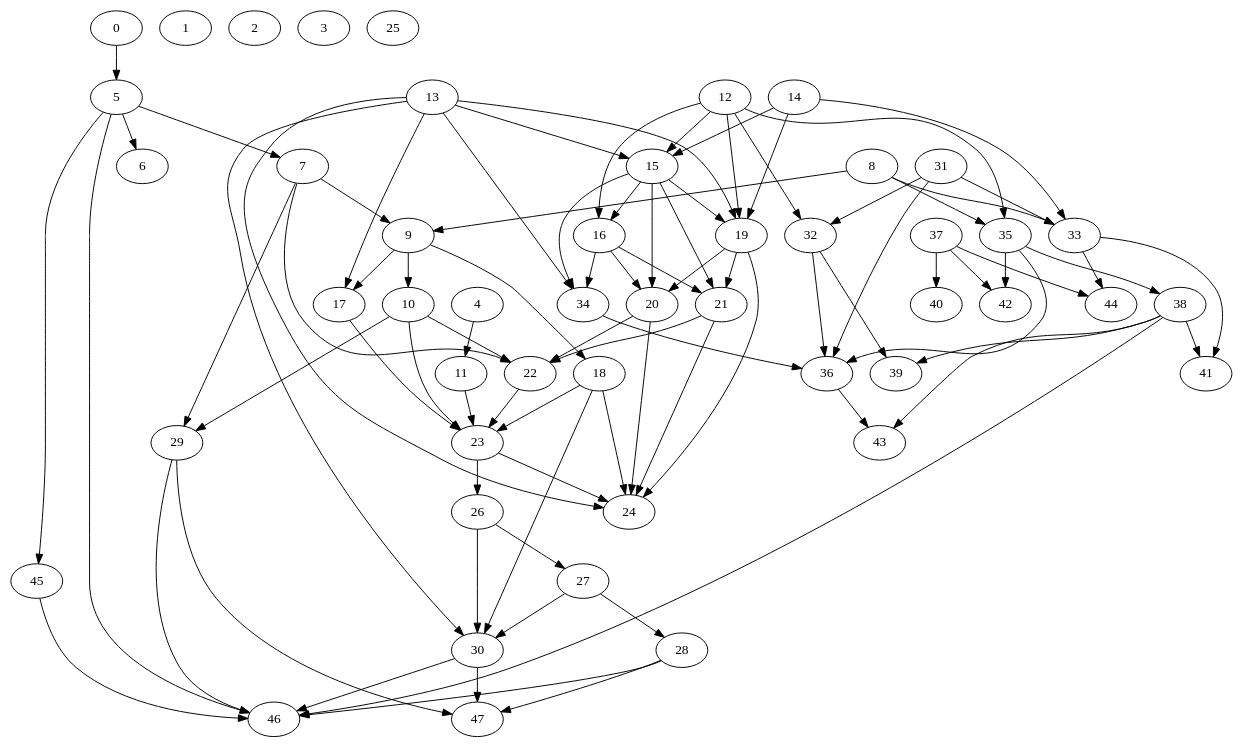
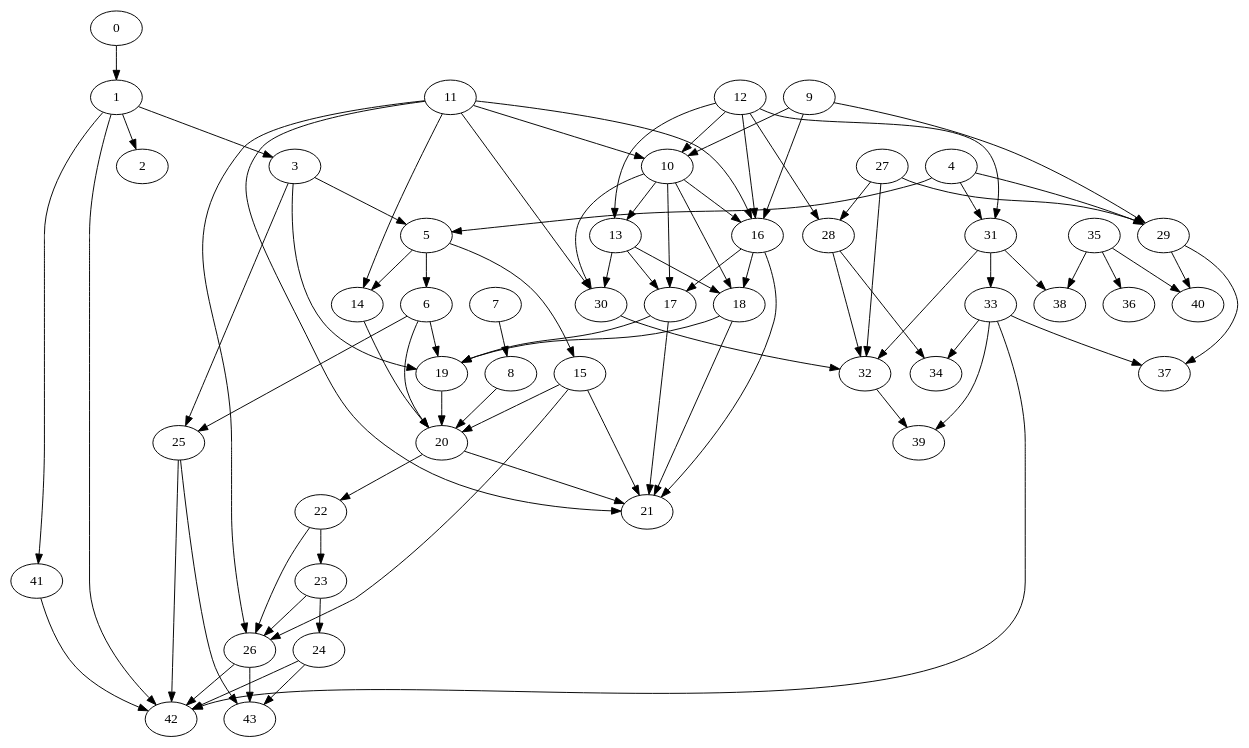
One commit to clarkfitzg/phd_research changed the diagram in codedepends/traffic/traffic.dot. Above: the diagram before and after it, drawn with Graphviz. The commit also changed 2 other files, not shown here.

```diff
--- a/codedepends/traffic/traffic.dot
+++ b/codedepends/traffic/traffic.dot
@@ -1,137 +1,221 @@
 /* Created by igraph @VERSION@ */
 digraph {
-  0;
-  1;
-  2;
-  3;
-  4;
-  5;
-  6;
-  7;
-  8;
-  9;
-  10;
-  11;
-  12;
-  13;
-  14;
-  15;
-  16;
-  17;
-  18;
-  19;
-  20;
-  21;
-  22;
-  23;
-  24;
-  25;
-  26;
-  27;
-  28;
-  29;
-  30;
-  31;
-  32;
-  33;
-  34;
-  35;
-  36;
-  37;
-  38;
-  39;
-  40;
-  41;
-  42;
-  43;
-  44;
-  45;
-  46;
-  47;
+  0 [
+    name=1
+  ];
+  1 [
+    name=6
+  ];
+  2 [
+    name=7
+  ];
+  3 [
+    name=8
+  ];
+  4 [
+    name=9
+  ];
+  5 [
+    name=10
+  ];
+  6 [
+    name=11
+  ];
+  7 [
+    name=5
+  ];
+  8 [
+    name=12
+  ];
+  9 [
+    name=15
+  ];
+  10 [
+    name=16
+  ];
+  11 [
+    name=14
+  ];
+  12 [
+    name=13
+  ];
+  13 [
+    name=17
+  ];
+  14 [
+    name=18
+  ];
+  15 [
+    name=19
+  ];
+  16 [
+    name=20
+  ];
+  17 [
+    name=21
+  ];
+  18 [
+    name=22
+  ];
+  19 [
+    name=23
+  ];
+  20 [
+    name=24
+  ];
+  21 [
+    name=25
+  ];
+  22 [
+    name=27
+  ];
+  23 [
+    name=28
+  ];
+  24 [
+    name=29
+  ];
+  25 [
+    name=30
+  ];
+  26 [
+    name=31
+  ];
+  27 [
+    name=32
+  ];
+  28 [
+    name=33
+  ];
+  29 [
+    name=34
+  ];
+  30 [
+    name=35
+  ];
+  31 [
+    name=36
+  ];
+  32 [
+    name=37
+  ];
+  33 [
+    name=39
+  ];
+  34 [
+    name=40
+  ];
+  35 [
+    name=38
+  ];
+  36 [
+    name=41
+  ];
+  37 [
+    name=42
+  ];
+  38 [
+    name=43
+  ];
+  39 [
+    name=44
+  ];
+  40 [
+    name=45
+  ];
+  41 [
+    name=46
+  ];
+  42 [
+    name=47
+  ];
+  43 [
+    name=48
+  ];
 
-  0 -> 5;
-  4 -> 11;
+  0 -> 1;
+  1 -> 2;
+  1 -> 3;
+  1 -> 41;
+  1 -> 42;
+  3 -> 5;
+  3 -> 19;
+  3 -> 25;
+  4 -> 5;
+  4 -> 29;
+  4 -> 31;
   5 -> 6;
-  5 -> 7;
-  5 -> 45;
-  5 -> 46;
-  7 -> 9;
-  7 -> 22;
-  7 -> 29;
-  8 -> 9;
-  8 -> 33;
-  8 -> 35;
+  5 -> 14;
+  5 -> 15;
+  6 -> 19;
+  6 -> 20;
+  6 -> 25;
+  7 -> 8;
+  8 -> 20;
   9 -> 10;
-  9 -> 17;
-  9 -> 18;
-  10 -> 22;
-  10 -> 23;
-  10 -> 29;
-  11 -> 23;
-  12 -> 15;
+  9 -> 16;
+  9 -> 29;
+  10 -> 13;
+  10 -> 16;
+  10 -> 17;
+  10 -> 18;
+  10 -> 30;
+  11 -> 10;
+  11 -> 14;
+  11 -> 16;
+  11 -> 21;
+  11 -> 26;
+  11 -> 30;
+  12 -> 10;
+  12 -> 13;
   12 -> 16;
-  12 -> 19;
-  12 -> 32;
-  12 -> 35;
-  13 -> 15;
+  12 -> 28;
+  12 -> 31;
   13 -> 17;
-  13 -> 19;
-  13 -> 24;
+  13 -> 18;
   13 -> 30;
-  13 -> 34;
-  14 -> 15;
-  14 -> 19;
-  14 -> 33;
-  15 -> 16;
-  15 -> 19;
+  14 -> 20;
   15 -> 20;
   15 -> 21;
-  15 -> 34;
-  16 -> 20;
+  15 -> 26;
+  16 -> 17;
+  16 -> 18;
   16 -> 21;
-  16 -> 34;
-  17 -> 23;
-  18 -> 23;
-  18 -> 24;
-  18 -> 30;
+  17 -> 19;
+  17 -> 21;
+  18 -> 19;
+  18 -> 21;
   19 -> 20;
-  19 -> 21;
-  19 -> 24;
+  20 -> 21;
   20 -> 22;
-  20 -> 24;
-  21 -> 22;
-  21 -> 24;
   22 -> 23;
+  22 -> 26;
   23 -> 24;
   23 -> 26;
-  26 -> 27;
-  26 -> 30;
+  24 -> 42;
+  24 -> 43;
+  25 -> 42;
+  25 -> 43;
+  26 -> 42;
+  26 -> 43;
   27 -> 28;
-  27 -> 30;
-  28 -> 46;
-  28 -> 47;
-  29 -> 46;
-  29 -> 47;
-  30 -> 46;
-  30 -> 47;
+  27 -> 29;
+  27 -> 32;
+  28 -> 32;
+  28 -> 34;
+  29 -> 37;
+  29 -> 40;
+  30 -> 32;
   31 -> 32;
   31 -> 33;
-  31 -> 36;
-  32 -> 36;
+  31 -> 38;
   32 -> 39;
-  33 -> 41;
-  33 -> 44;
-  34 -> 36;
+  33 -> 34;
+  33 -> 37;
+  33 -> 39;
+  33 -> 42;
   35 -> 36;
   35 -> 38;
-  35 -> 42;
-  36 -> 43;
-  37 -> 40;
-  37 -> 42;
-  37 -> 44;
-  38 -> 39;
-  38 -> 41;
-  38 -> 43;
-  38 -> 46;
-  45 -> 46;
+  35 -> 40;
+  41 -> 42;
 }
```
